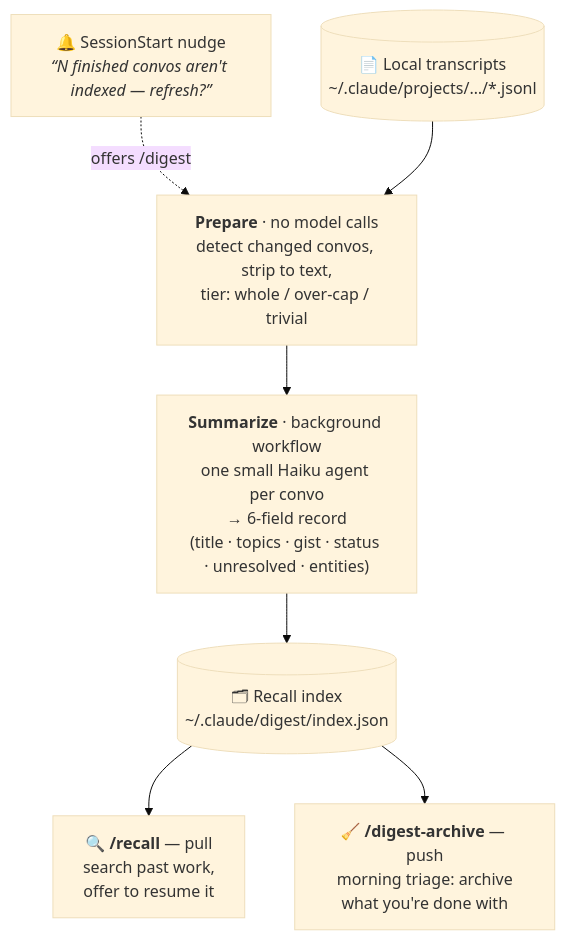
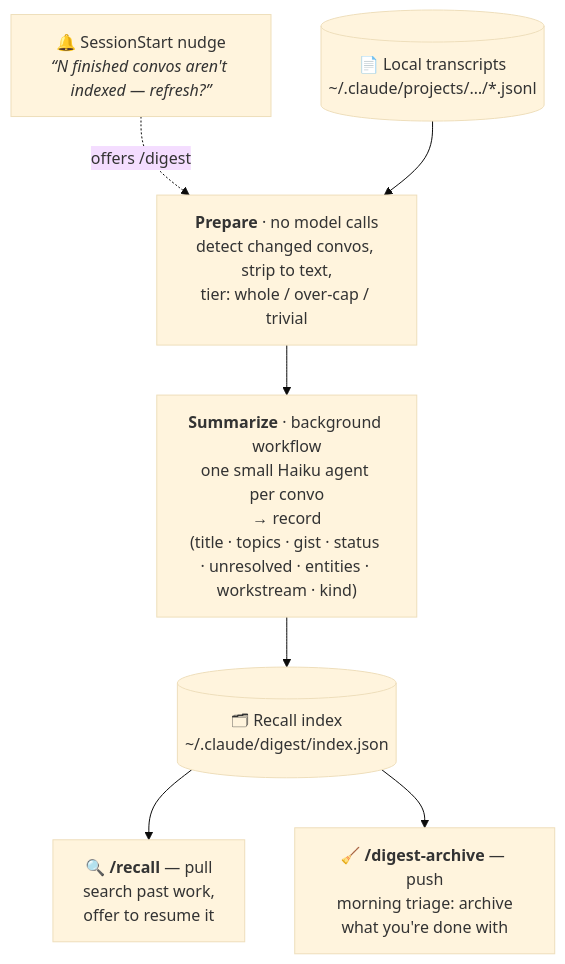
The diagram in README.md (pariidanDKE/convo-digest), drawn with Mermaid (base theme) before and after one commit. The commit also changed other lines of this file and 14 other files, not shown here.

````diff
--- a/README.md
+++ b/README.md
@@ -127,15 +127,15 @@
 ```mermaid
 flowchart TD
     N["🔔 SessionStart nudge<br/><i>“N finished convos aren't indexed — refresh?”</i>"]
     T[("📄 Local transcripts<br/>~/.claude/projects/…/*.jsonl")]
     P["<b>Prepare</b> · no model calls<br/>detect changed convos, strip to text,<br/>tier: whole / over-cap / trivial"]
-    S["<b>Summarize</b> · background workflow<br/>one small Haiku agent per convo<br/>→ 6-field record<br/>(title · topics · gist · status · unresolved · entities)"]
+    S["<b>Summarize</b> · background workflow<br/>one small Haiku agent per convo<br/>→ record<br/>(title · topics · gist · status · unresolved · entities · workstream · kind)"]
     I[("🗂 Recall index<br/>~/.claude/digest/index.json")]
     R["🔍 <b>/recall</b> — pull<br/>search past work,<br/>offer to resume it"]
     A["🧹 <b>/digest-archive</b> — push<br/>morning triage: archive<br/>what you're done with"]
 
     N -. offers /digest .-> P
     T --> P --> S --> I
     I --> R
     I --> A
 ```
````
